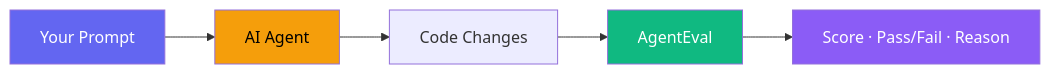
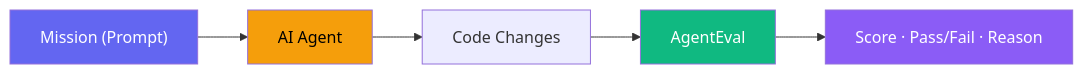
One commit to Tlahey/agent-eval changed the first of 3 diagrams in apps/docs/guide/introduction.md. Above: the diagram before and after it, drawn with Mermaid. The commit also changed other lines of this file and 59 other files, not shown here.

````diff
--- a/apps/docs/guide/introduction.md
+++ b/apps/docs/guide/introduction.md
@@ -7,12 +7,12 @@
 ```mermaid
 flowchart LR
-    A["Your Prompt"] --> B["AI Agent"]
+    A["Mission (Prompt)"] --> B["AI Agent"]
     B --> C["Code Changes"]
     C --> D["AgentEval"]
     D --> E["Score · Pass/Fail · Reason"]
 
     style A fill:#6366f1,color:#fff
     style B fill:#f59e0b,color:#000
     style D fill:#10b981,color:#fff
     style E fill:#8b5cf6,color:#fff
 ```
````
